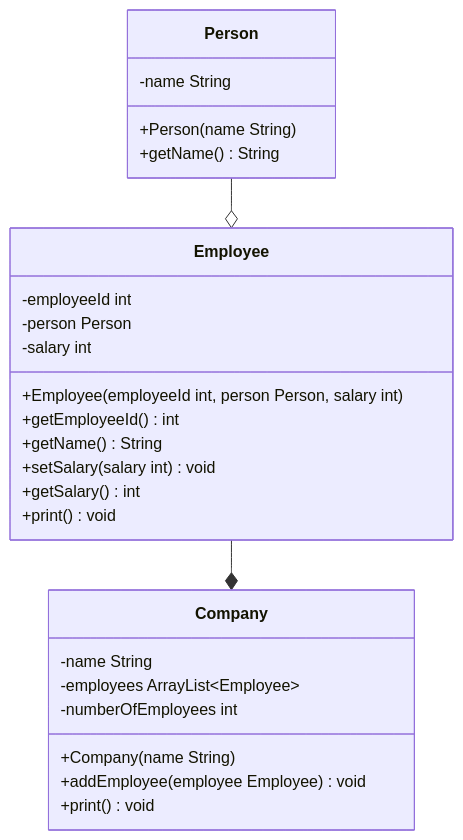
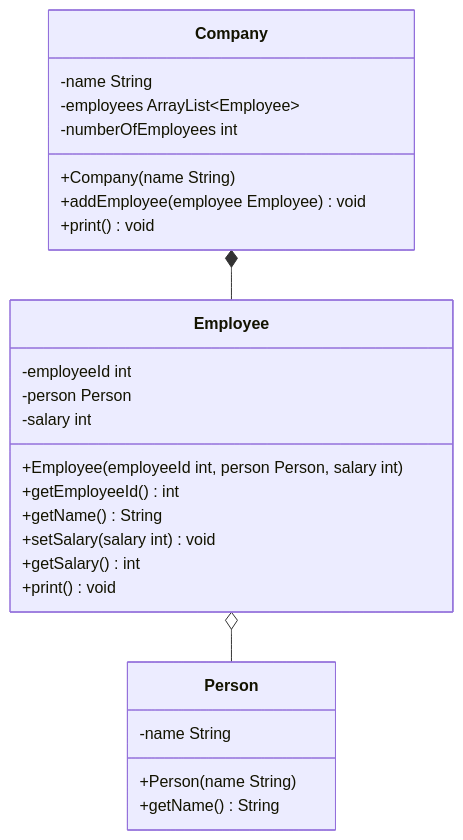
Before and after one commit to jappuccini/java-docs: the diagram in docs/exercises/inner-classes/inner-classes02.md, drawn with Mermaid.

````diff
--- a/docs/exercises/inner-classes/inner-classes02.md
+++ b/docs/exercises/inner-classes/inner-classes02.md
@@ -17,32 +17,32 @@
 ```mermaid
 classDiagram
-    Employee --* Company
-    Person --o Employee
+    Company *-- Employee
+    Employee o-- Person
 
     class Company {
         -name String
         -employees ArrayList~Employee~
         -numberOfEmployees int
         +Company(name String)
         +addEmployee(employee Employee) void
         +print() void
     }
 
     class Person {
         -name String
         +Person(name String)
         +getName() String
     }
 
     class Employee {
         -employeeId int
         -person Person
         -salary int
         +Employee(employeeId int, person Person, salary int)
         +getEmployeeId() int
         +getName() String
         +setSalary(salary int) void
         +getSalary() int
         +print() void
     }
 ```
````
